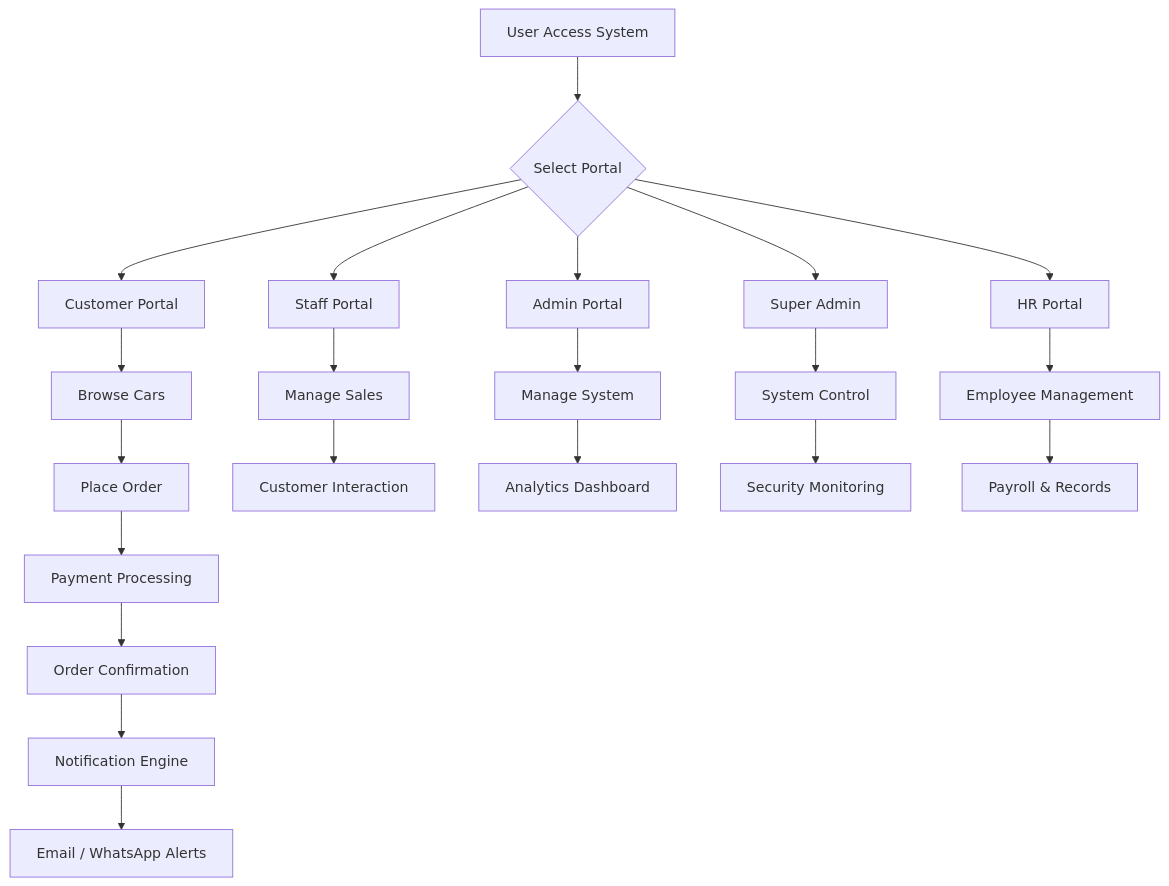
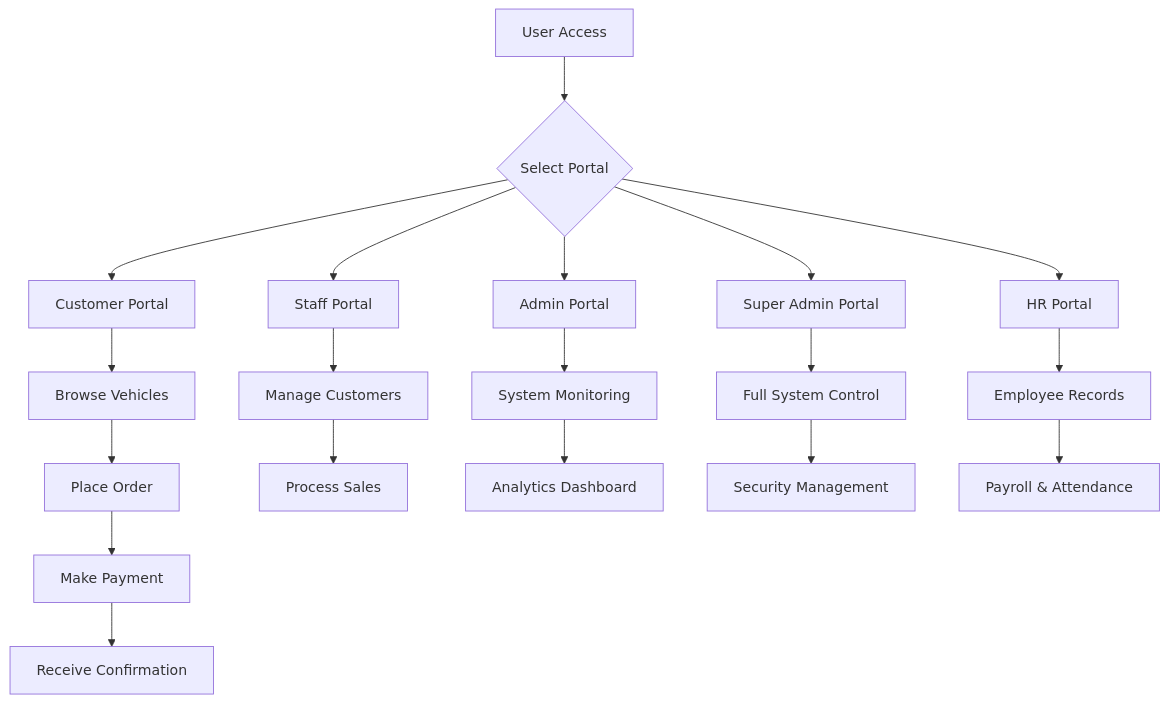
The second of 7 diagrams in README.md (Daniwest-Tech-Ltd/justice-auto-haven), drawn with Mermaid before and after one commit. The commit also changed other lines of this file, not shown here.

````diff
--- a/README.md
+++ b/README.md
@@ -28,31 +70,27 @@
 ```mermaid
 flowchart TD
-
-A[User Access System] --> B{Select Portal}
+A[User Access] --> B{Select Portal}
 
 B --> C[Customer Portal]
 B --> D[Staff Portal]
 B --> E[Admin Portal]
-B --> F[Super Admin]
+B --> F[Super Admin Portal]
 B --> G[HR Portal]
 
-C --> H[Browse Cars]
-H --> I[Place Order]
-I --> J[Payment Processing]
-J --> K[Order Confirmation]
+C --> C1[Browse Vehicles]
+C1 --> C2[Place Order]
+C2 --> C3[Make Payment]
+C3 --> C4[Receive Confirmation]
 
-D --> L[Manage Sales]
-L --> M[Customer Interaction]
+D --> D1[Manage Customers]
+D1 --> D2[Process Sales]
 
-E --> N[Manage System]
-N --> O[Analytics Dashboard]
+E --> E1[System Monitoring]
+E1 --> E2[Analytics Dashboard]
 
-F --> P[System Control]
-P --> Q[Security Monitoring]
+F --> F1[Full System Control]
+F1 --> F2[Security Management]
 
-G --> R[Employee Management]
-R --> S[Payroll & Records]
-
-K --> T[Notification Engine]
-T --> U[Email / WhatsApp Alerts]
+G --> G1[Employee Records]
+G1 --> G2[Payroll & Attendance]
 ```
````
